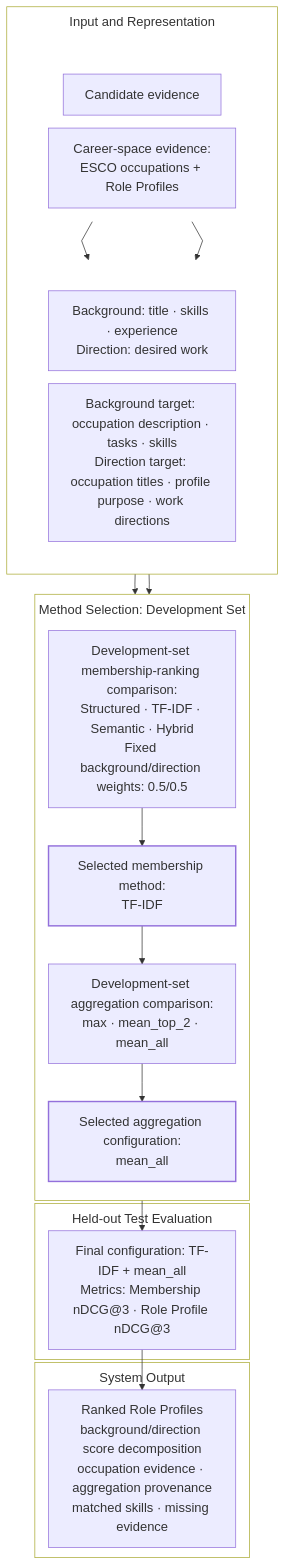
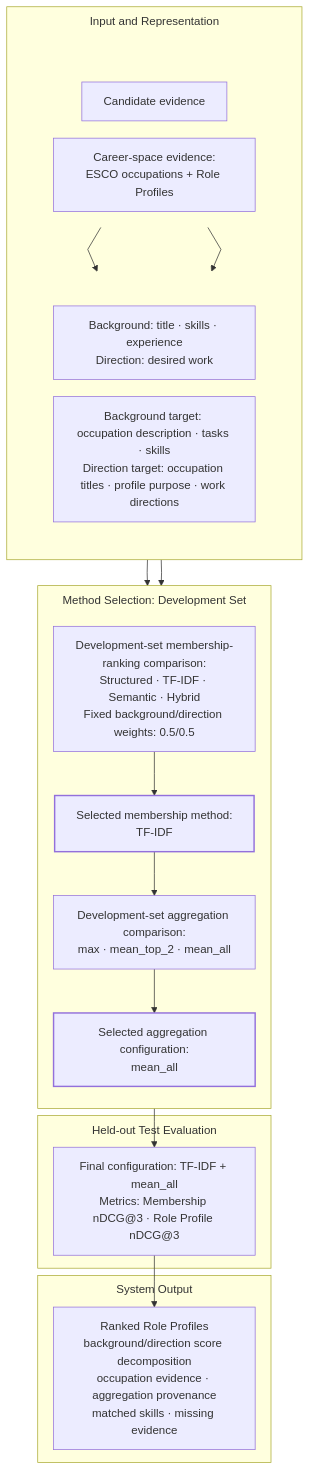
One commit to 813P/career-decision-support-system changed the diagram in README.md. Above: the diagram before and after it, drawn with Mermaid.

Commit message:
Refine README diagram spacing

````diff
--- a/README.md
+++ b/README.md
@@ -29,48 +29,44 @@
 ```mermaid
-%%{init: {"themeVariables": {"fontSize": "18px"}, "flowchart": {"curve": "linear", "nodeSpacing": 18, "rankSpacing": 28, "subGraphTitleMargin": {"top": 8, "bottom": 16}}}}%%
+%%{init: {"themeVariables": {"fontSize": "16px"}, "flowchart": {"curve": "linear", "nodeSpacing": 24, "rankSpacing": 36, "wrappingWidth": 220, "subGraphTitleMargin": {"top": 8, "bottom": 18}}}}%%
 flowchart TB
     subgraph I["Input and Representation"]
         direction TB
         subgraph H[" "]
             direction LR
             C0["Candidate evidence"]
             T0["Career-space evidence:<br/>ESCO occupations + Role Profiles"]
         end
         subgraph F[" "]
             direction LR
             C1["Background: title · skills · experience<br/>Direction: desired work"]
             T1["Background target: occupation description · tasks · skills<br/>Direction target: occupation titles · profile purpose · work directions"]
         end
         C0 --> C1
         T0 --> T1
     end
 
     subgraph D["Method Selection: Development Set"]
         direction TB
         E["Development-set membership-ranking comparison:<br/>Structured · TF-IDF · Semantic · Hybrid<br/>Fixed background/direction weights: 0.5/0.5"]
         M["Selected membership method:<br/>TF-IDF"]
         A["Development-set aggregation comparison:<br/>max · mean_top_2 · mean_all"]
         G["Selected aggregation configuration:<br/>mean_all"]
         E --> M --> A --> G
     end
 
     subgraph V["Held-out Test Evaluation"]
         Q["Final configuration: TF-IDF + mean_all<br/>Metrics: Membership nDCG@3 · Role Profile nDCG@3"]
     end
 
     subgraph S["System Output"]
         O["Ranked Role Profiles<br/>background/direction score decomposition<br/>occupation evidence · aggregation provenance<br/>matched skills · missing evidence"]
     end
 
     C1 --> E
     T1 --> E
     G --> Q --> O
-    style I fill:transparent,stroke-width:1px
-    style D fill:transparent,stroke-width:1px
-    style V fill:transparent,stroke-width:1px
-    style S fill:transparent,stroke-width:1px
     style H fill:transparent,stroke:transparent
     style F fill:transparent,stroke:transparent
     classDef selected stroke-width:2px
     class M,G selected
 ```
````
